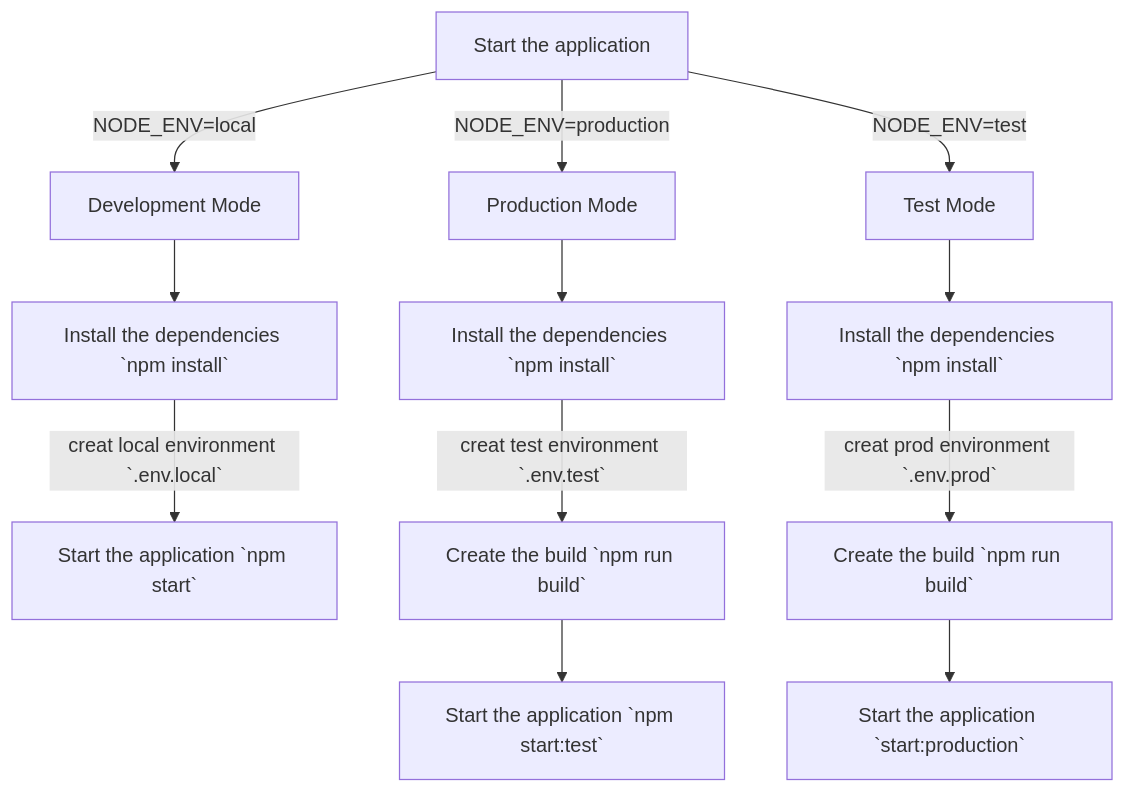
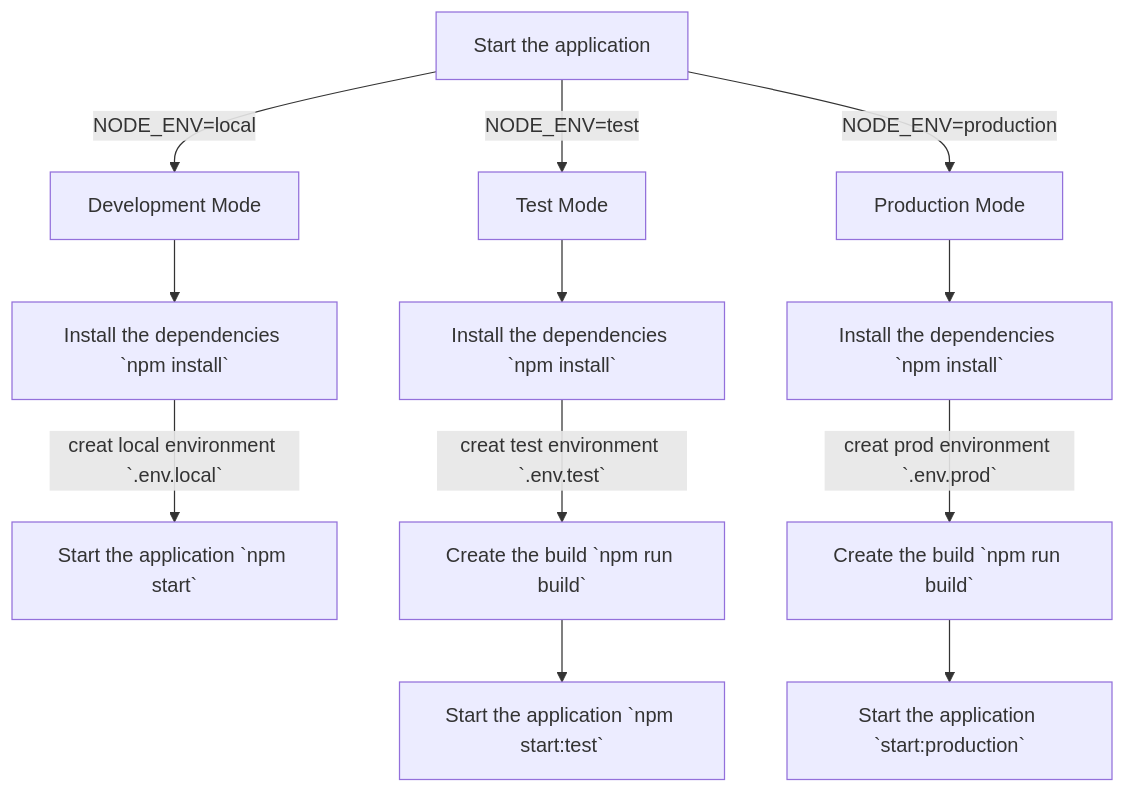
Before and after one commit to santoshshinde2012/node-boilerplate: the diagram in README.md, drawn with Mermaid.

Commit message:
added mermaid

````diff
--- a/README.md
+++ b/README.md
@@ -43,18 +43,18 @@
 ```mermaid
   flowchart TD;
       A[Start the application]--NODE_ENV=local-->B[Development Mode];
-      A--NODE_ENV=production-->C[Production Mode];
-      A--NODE_ENV=test-->D[Test Mode];
+      A--NODE_ENV=test-->C[Test Mode];
+      A--NODE_ENV=production-->D[Production Mode];
 
       B-->E[Install the dependencies `npm install`];
       C-->F[Install the dependencies `npm install`];
       D-->G[Install the dependencies `npm install`];
 
       E--creat local environment `.env.local`-->H[Start the application `npm start`];
       F--creat test environment `.env.test`-->I[Create the build `npm run build`];
       G--creat prod environment `.env.prod`-->J[Create the build `npm run build`];
 
       I-->K[Start the application `npm start:test`];
       J-->L[Start the application `start:production`];
 
 ```
````
